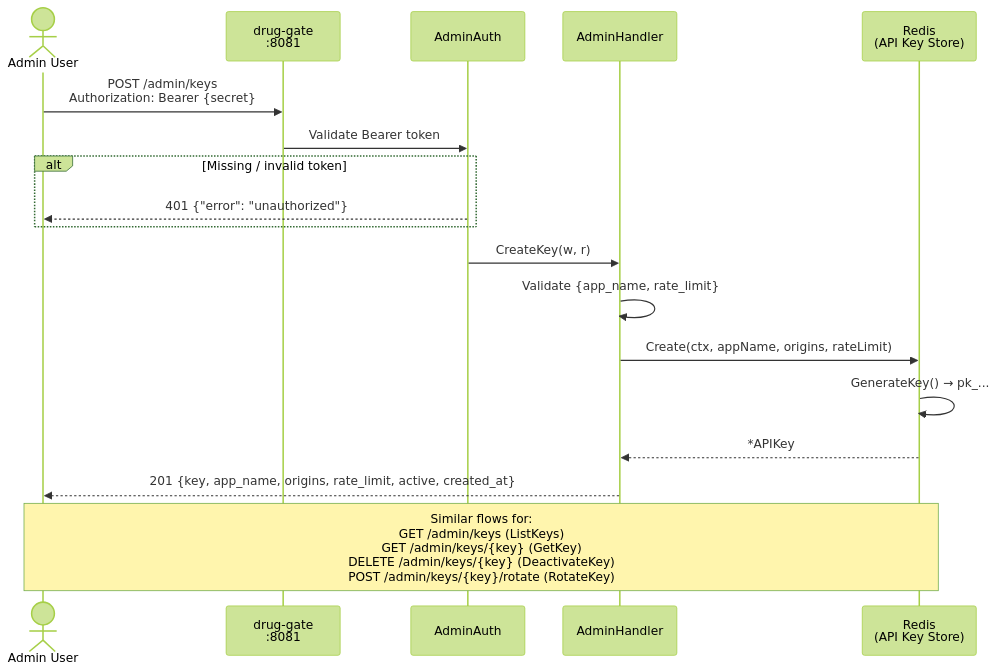
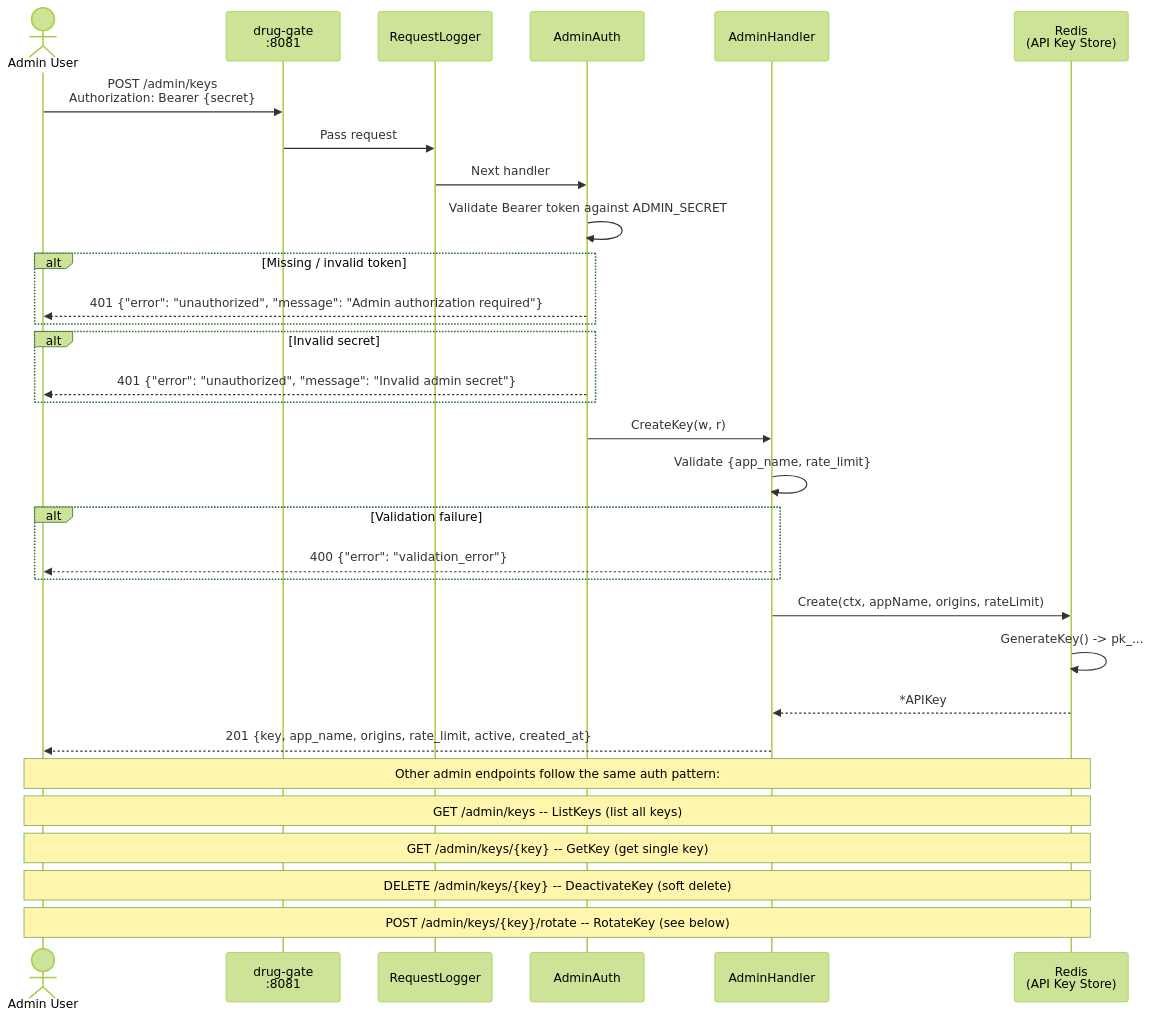
Before and after one commit to finish06/drug-gate: the seventh of 9 diagrams in docs/sequence-diagram.md, drawn with Mermaid (forest theme). The commit also changed other lines of this file and 33 other files, not shown here.

````diff
--- a/docs/sequence-diagram.md
+++ b/docs/sequence-diagram.md
@@ -112,24 +362,40 @@
 ```mermaid
 sequenceDiagram
     actor Admin as Admin User
     participant GW as drug-gate<br/>:8081
+    participant LOG as RequestLogger
     participant ADM as AdminAuth
     participant AH as AdminHandler
     participant RDS as Redis<br/>(API Key Store)
 
     Admin->>GW: POST /admin/keys<br/>Authorization: Bearer {secret}
-    GW->>ADM: Validate Bearer token
+    GW->>LOG: Pass request
+    LOG->>ADM: Next handler
+    ADM->>ADM: Validate Bearer token against ADMIN_SECRET
 
     alt Missing / invalid token
-        ADM-->>Admin: 401 {"error": "unauthorized"}
+        ADM-->>Admin: 401 {"error": "unauthorized", "message": "Admin authorization required"}
+    end
+
+    alt Invalid secret
+        ADM-->>Admin: 401 {"error": "unauthorized", "message": "Invalid admin secret"}
     end
 
     ADM->>AH: CreateKey(w, r)
     AH->>AH: Validate {app_name, rate_limit}
+
+    alt Validation failure
+        AH-->>Admin: 400 {"error": "validation_error"}
+    end
+
     AH->>RDS: Create(ctx, appName, origins, rateLimit)
-    RDS->>RDS: GenerateKey() → pk_...
+    RDS->>RDS: GenerateKey() -> pk_...
     RDS-->>AH: *APIKey
     AH-->>Admin: 201 {key, app_name, origins, rate_limit, active, created_at}
 
-    Note over Admin, RDS: Similar flows for:<br/>GET /admin/keys (ListKeys)<br/>GET /admin/keys/{key} (GetKey)<br/>DELETE /admin/keys/{key} (DeactivateKey)<br/>POST /admin/keys/{key}/rotate (RotateKey)
+    Note over Admin, RDS: Other admin endpoints follow the same auth pattern:
+    Note over Admin, RDS: GET /admin/keys -- ListKeys (list all keys)
+    Note over Admin, RDS: GET /admin/keys/{key} -- GetKey (get single key)
+    Note over Admin, RDS: DELETE /admin/keys/{key} -- DeactivateKey (soft delete)
+    Note over Admin, RDS: POST /admin/keys/{key}/rotate -- RotateKey (see below)
 ```
````
